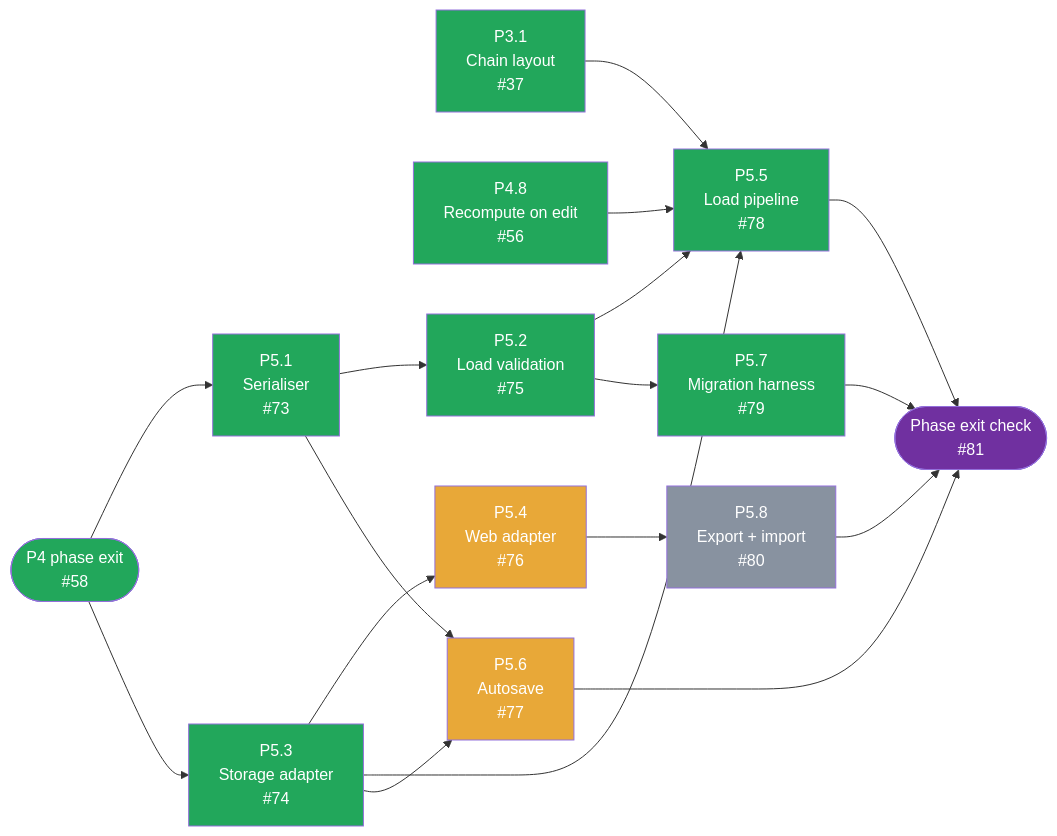
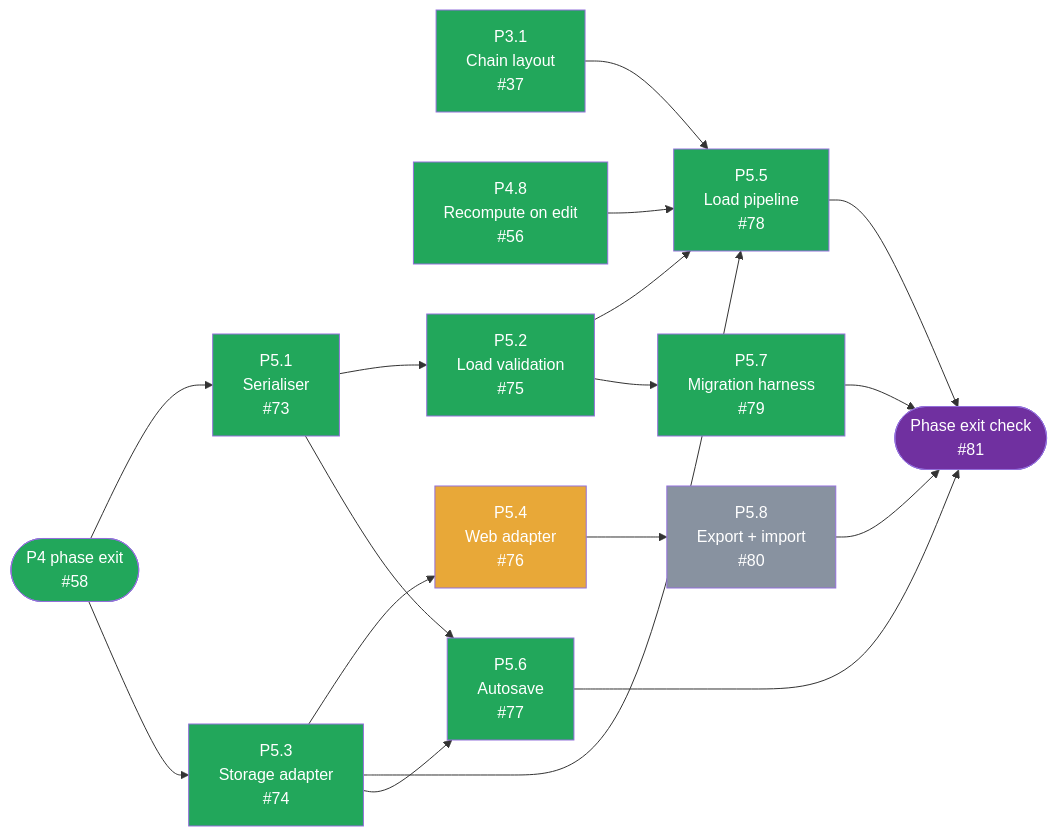
One commit to tousifosman/CalcMind changed the fourth of 5 diagrams in docs/DEVELOPMENT_PLAN.md. Above: the diagram before and after it, drawn with Mermaid. The commit also changed other lines of this file and 10 other files, not shown here.

````diff
--- a/docs/DEVELOPMENT_PLAN.md
+++ b/docs/DEVELOPMENT_PLAN.md
@@ -726,45 +726,45 @@
 ```mermaid
 flowchart LR
     P4EXIT(["P4 phase exit<br/>#58"])
     P31["P3.1<br/>Chain layout<br/>#37"]
     P48["P4.8<br/>Recompute on edit<br/>#56"]
     P51["P5.1<br/>Serialiser<br/>#73"]
     P52["P5.2<br/>Load validation<br/>#75"]
     P53["P5.3<br/>Storage adapter<br/>#74"]
     P54["P5.4<br/>Web adapter<br/>#76"]
     P55["P5.5<br/>Load pipeline<br/>#78"]
     P56["P5.6<br/>Autosave<br/>#77"]
     P57["P5.7<br/>Migration harness<br/>#79"]
     P58["P5.8<br/>Export + import<br/>#80"]
     EXIT(["Phase exit check<br/>#81"])
 
     P4EXIT --> P51
     P4EXIT --> P53
     P51 --> P52
     P53 --> P54
     P52 --> P55
     P53 --> P55
     P31 --> P55
     P48 --> P55
     P51 --> P56
     P53 --> P56
     P52 --> P57
     P54 --> P58
     P55 --> EXIT
     P56 --> EXIT
     P57 --> EXIT
     P58 --> EXIT
 
     style P4EXIT fill:#22A75B,color:#fff
     style P31 fill:#22A75B,color:#fff
     style P48 fill:#22A75B,color:#fff
     style P51 fill:#22A75B,color:#fff
     style P52 fill:#22A75B,color:#fff
     style P53 fill:#22A75B,color:#fff
     style P54 fill:#E8A838,color:#fff
     style P55 fill:#22A75B,color:#fff
-    style P56 fill:#E8A838,color:#fff
+    style P56 fill:#22A75B,color:#fff
     style P57 fill:#22A75B,color:#fff
     style P58 fill:#8892A0,color:#fff
     style EXIT fill:#7030A0,color:#fff
 ```
````
